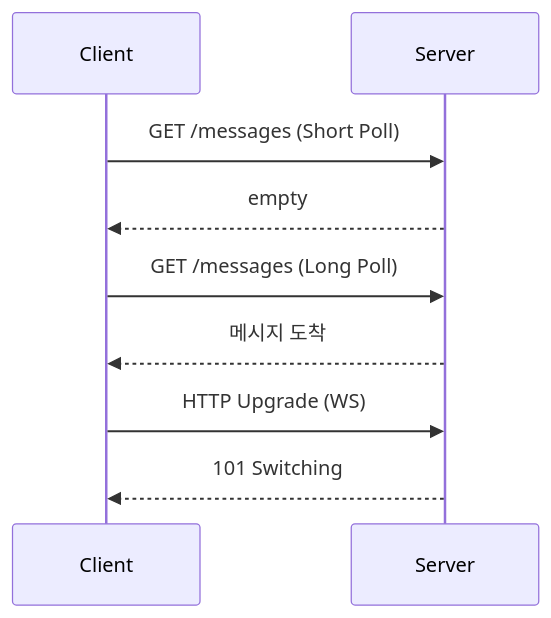
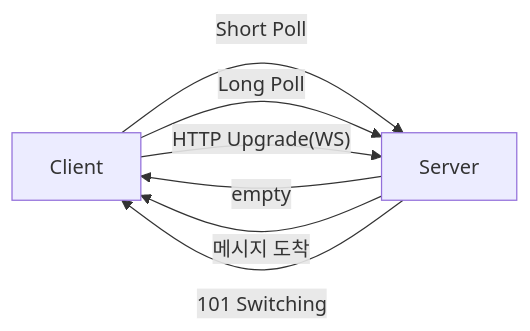
Before and after one commit to yjkim2015/yjkim2015.github.io: the first of 9 diagrams in _posts/systemdesign/2026-05-02-system-design-chat.md, drawn with Mermaid. The commit also changed other lines of this file and 32 other files, not shown here.

First line of the commit message:
sequenceDiagram 82개 → graph LR 변환 완료

````diff
--- a/_posts/systemdesign/2026-05-02-system-design-chat.md
+++ b/_posts/systemdesign/2026-05-02-system-design-chat.md
@@ -146,11 +146,9 @@
 ```mermaid
-sequenceDiagram
-    participant C as Client
-    participant S as Server
-    C->>S: GET /messages (Short Poll)
-    S-->>C: empty
-    C->>S: GET /messages (Long Poll)
-    S-->>C: 메시지 도착
-    C->>S: HTTP Upgrade (WS)
-    S-->>C: 101 Switching
+graph LR
+    C["Client"] -->|"Short Poll"| S["Server"]
+    S -->|"empty"| C
+    C -->|"Long Poll"| S
+    S -->|"메시지 도착"| C
+    C -->|"HTTP Upgrade(WS)"| S
+    S -->|"101 Switching"| C
 ```
````
